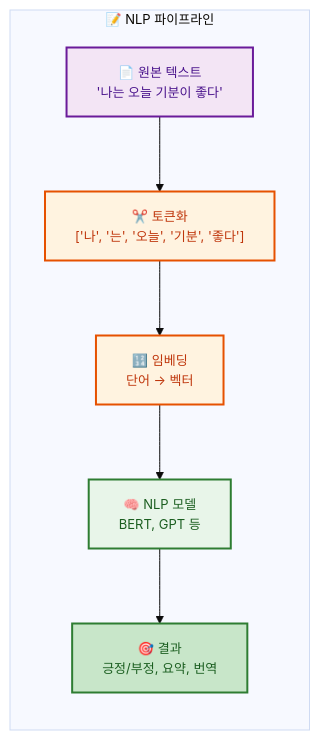
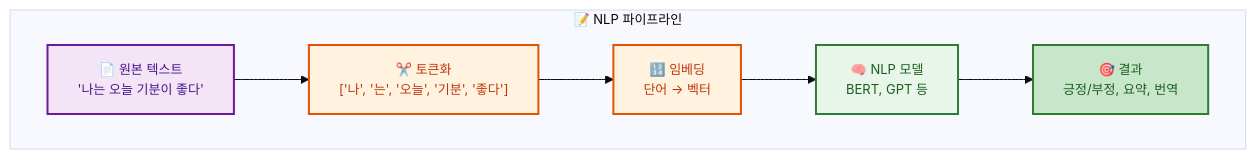
Before and after one commit to jingu279/Document: diagram 11 of 18 in ai-programming/README.md, drawn with Mermaid. The commit also changed other lines of this file, not shown here.

First line of the commit message:
Fix all 18 README Mermaid figures: remove redundant direction, edges inside subgraphs

````diff
--- a/ai-programming/README.md
+++ b/ai-programming/README.md
@@ -430,23 +428,22 @@
 ```mermaid
 %%{init: {'theme': 'base', 'themeVariables': {'fontSize': '13px'}}}%%
 flowchart TB
   subgraph NLP_Pipeline[📝 NLP 파이프라인]
-    direction TB
     Raw["📄 원본 텍스트<br/>'나는 오늘 기분이 좋다'"]
     Token["✂️ 토큰화<br/>['나', '는', '오늘', '기분', '좋다']"]
     Embed["🔢 임베딩<br/>단어 → 벡터"]
     Model["🧠 NLP 모델<br/>BERT, GPT 등"]
     Result["🎯 결과<br/>긍정/부정, 요약, 번역"]
+  Raw --> Token --> Embed --> Model --> Result
   end
 
-  Raw --> Token --> Embed --> Model --> Result
 
   classDef raw fill:#f3e5f5,stroke:#6a1b9a,stroke-width:2px,color:#4a148c
   classDef proc fill:#fff3e0,stroke:#e65100,stroke-width:2px,color:#bf360c
   classDef model fill:#e8f5e9,stroke:#2e7d32,stroke-width:2px,color:#1b5e20
   classDef result fill:#c8e6c9,stroke:#2e7d32,stroke-width:2px,color:#1b5e20
   class Raw raw
   class Token,Embed proc
   class Model model
   class Result result
 ```
````
